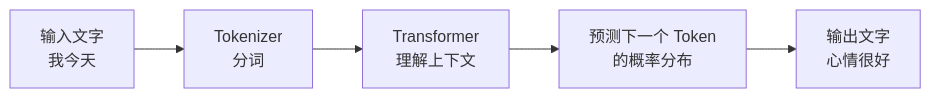
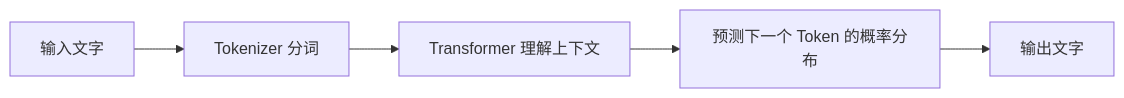
Before and after one commit to ildream/learnAI: the sixth of 9 diagrams in docs/ai-fundamentals/index.md, drawn with Mermaid. The commit also changed other lines of this file and 2 other files, not shown here.

Commit message:
fix: remove all \n from mermaid diagrams

````diff
--- a/docs/ai-fundamentals/index.md
+++ b/docs/ai-fundamentals/index.md
@@ -190,7 +190,7 @@
 ```mermaid
 graph LR
-    A[输入文字\n我今天] --> B[Tokenizer\n分词]
-    B --> C[Transformer\n理解上下文]
-    C --> D[预测下一个 Token\n的概率分布]
-    D --> E[输出文字\n心情很好]
+    A[输入文字] --> B[Tokenizer 分词]
+    B --> C[Transformer 理解上下文]
+    C --> D[预测下一个 Token 的概率分布]
+    D --> E[输出文字]
 ```
````
